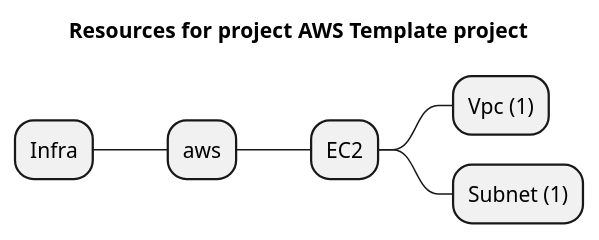
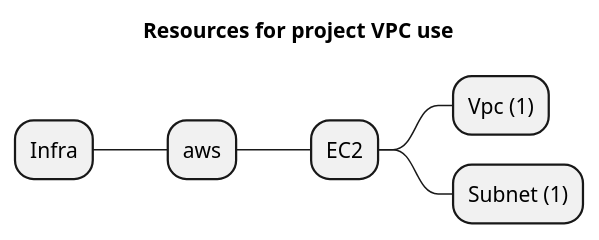
One commit to grucloud/grucloud changed the diagram in examples/aws/ec2/vpc-use/artifacts/resources-mindmap.puml. Above: the diagram before and after it, drawn with PlantUML. The commit also changed 122 other files, not shown here.

```diff
--- a/examples/aws/ec2/vpc-use/artifacts/resources-mindmap.puml
+++ b/examples/aws/ec2/vpc-use/artifacts/resources-mindmap.puml
@@ -1,9 +1,9 @@
 @startmindmap
-title Resources for project AWS Template project
+title Resources for project VPC use
 skinparam monochrome true
 + Infra
 ++ aws
 +++ EC2
 ++++ Vpc (1)
 ++++ Subnet (1)
 @endmindmap
```
